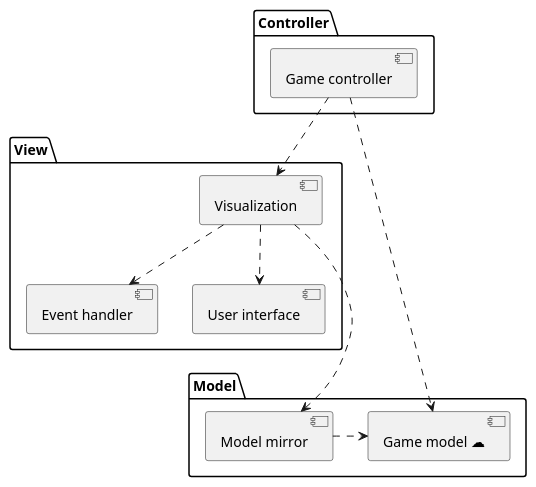
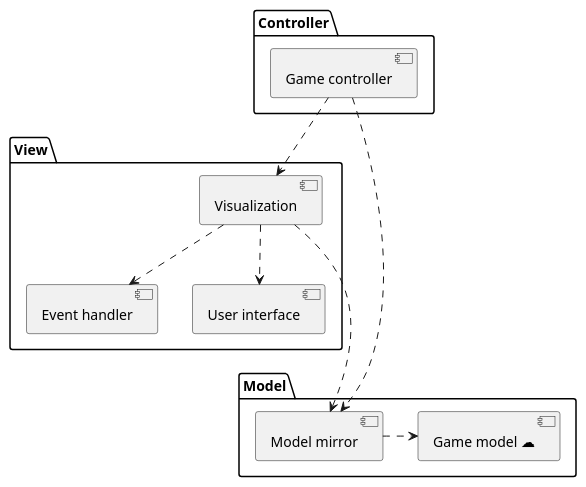
Before and after one commit to SWA-group-1/PlantUML: the diagram in Development/Component/ModelViewController.puml, drawn with PlantUML. The commit also changed 3 other files, not shown here.

Commit message:
Controller should communicate with Model mirror, not API connector. #7

```diff
--- a/Development/Component/ModelViewController.puml
+++ b/Development/Component/ModelViewController.puml
@@ -1,30 +1,30 @@
 @startuml
 'https://plantuml.com/component-diagram
 
 package "Model" {
     component "Game model ☁" as model
     component "Model mirror" as mirror
 
     mirror .right.> model
 }
 
 package "View" {
     component "Event handler" as event
     component "Visualization" as visualization
     component "User interface" as ui
 
     visualization .down.> event
     visualization .down.> ui
 }
 
 package "Controller" {
     component "Game controller" as controller
 }
 
 controller .down.> visualization
-controller .down.> model
+controller .down.> mirror
 visualization .down.> mirror
 event -[hidden]right- mirror
 ui -[hidden]- mirror
 
 @enduml
```
